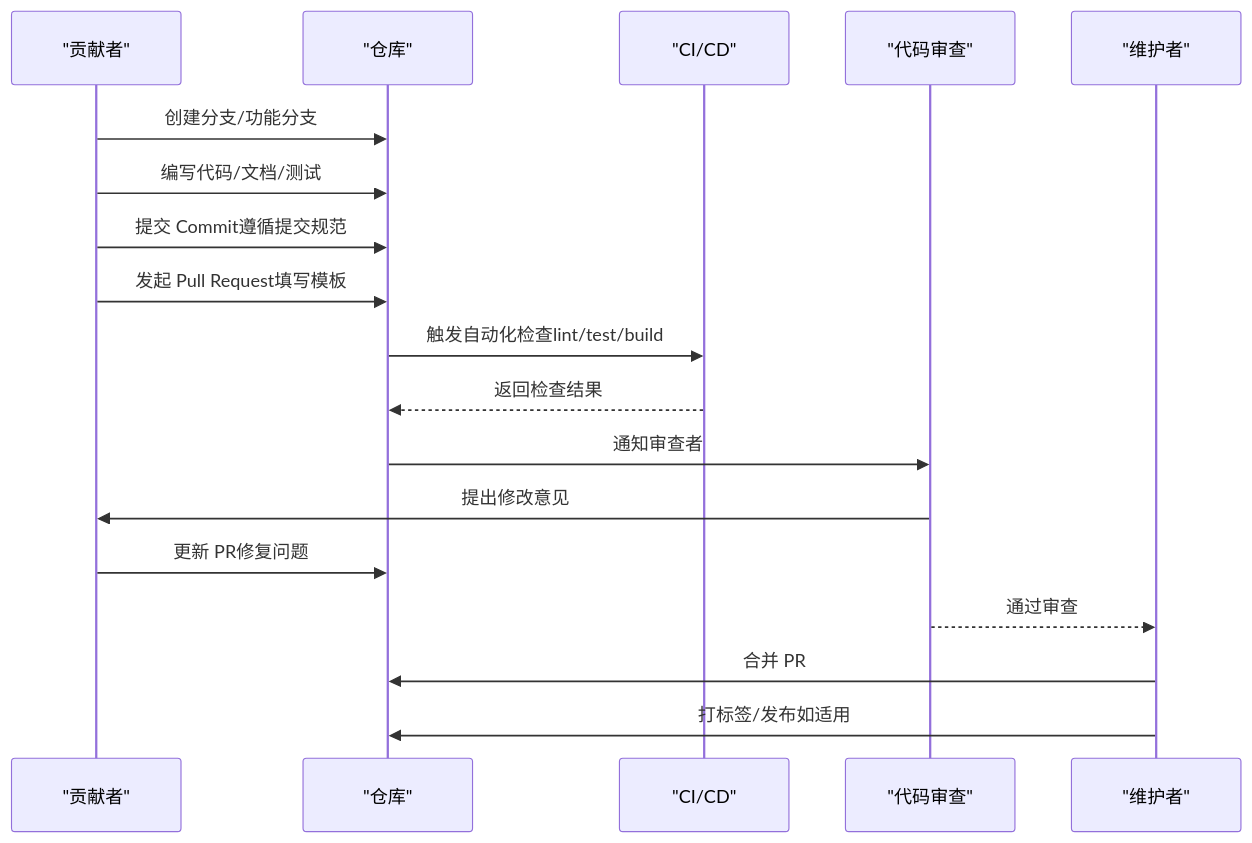
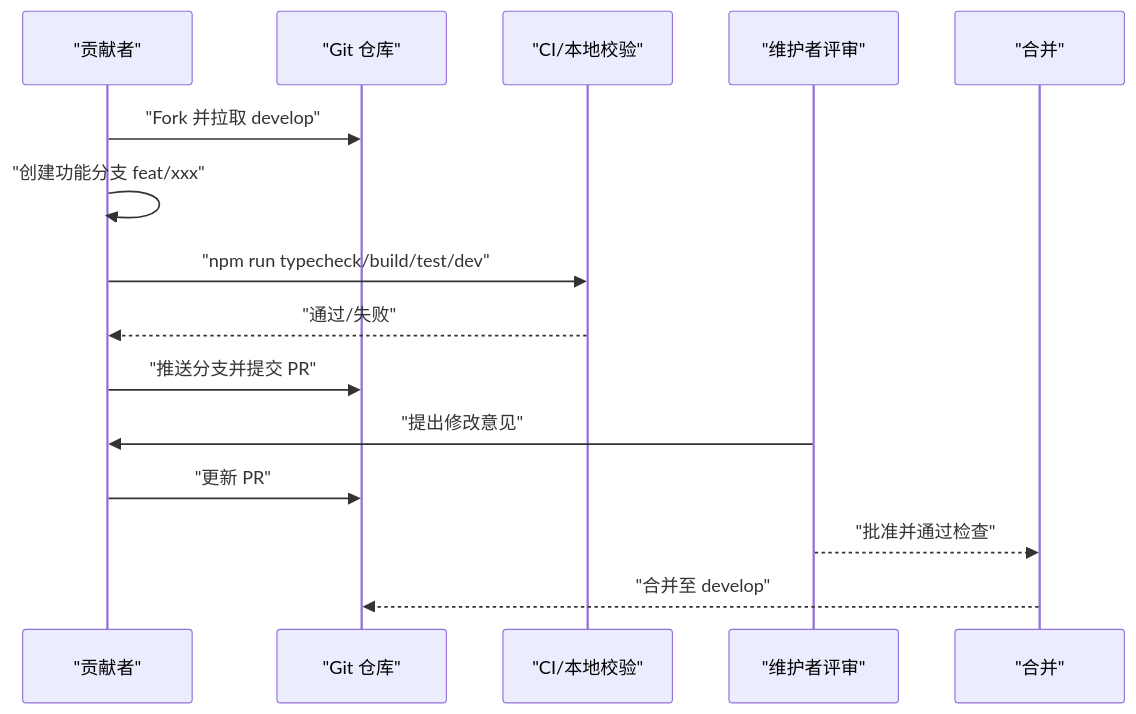
The second of 10 diagrams in .qoder/repowiki/zh/content/贡献指南.md (haolange/DeepSeek-GUI), drawn with Mermaid before and after one commit. The commit also changed other lines of this file and 341 other files, not shown here.

````diff
--- a/.qoder/repowiki/zh/content/贡献指南.md
+++ b/.qoder/repowiki/zh/content/贡献指南.md
@@ -125,20 +78,17 @@
 ```mermaid
 sequenceDiagram
 participant Dev as "贡献者"
-participant Repo as "仓库"
-participant CI as "CI/CD"
-participant Review as "代码审查"
-participant Maint as "维护者"
-Dev->>Repo : 创建分支/功能分支
-Dev->>Repo : 编写代码/文档/测试
-Dev->>Repo : 提交 Commit遵循提交规范
-Dev->>Repo : 发起 Pull Request填写模板
-Repo->>CI : 触发自动化检查lint/test/build
-CI-->>Repo : 返回检查结果
-Repo->>Review : 通知审查者
-Review->>Dev : 提出修改意见
-Dev->>Repo : 更新 PR修复问题
-Review-->>Maint : 通过审查
-Maint->>Repo : 合并 PR
-Maint->>Repo : 打标签/发布如适用
+participant Git as "Git 仓库"
+participant CI as "CI/本地校验"
+participant Review as "维护者评审"
+participant Merge as "合并"
+Dev->>Git : "Fork 并拉取 develop"
+Dev->>Dev : "创建功能分支 feat/xxx"
+Dev->>CI : "npm run typecheck/build/test/dev"
+CI-->>Dev : "通过/失败"
+Dev->>Git : "推送分支并提交 PR"
+Review->>Dev : "提出修改意见"
+Dev->>Git : "更新 PR"
+Review-->>Merge : "批准并通过检查"
+Merge-->>Git : "合并至 develop"
 ```
````
